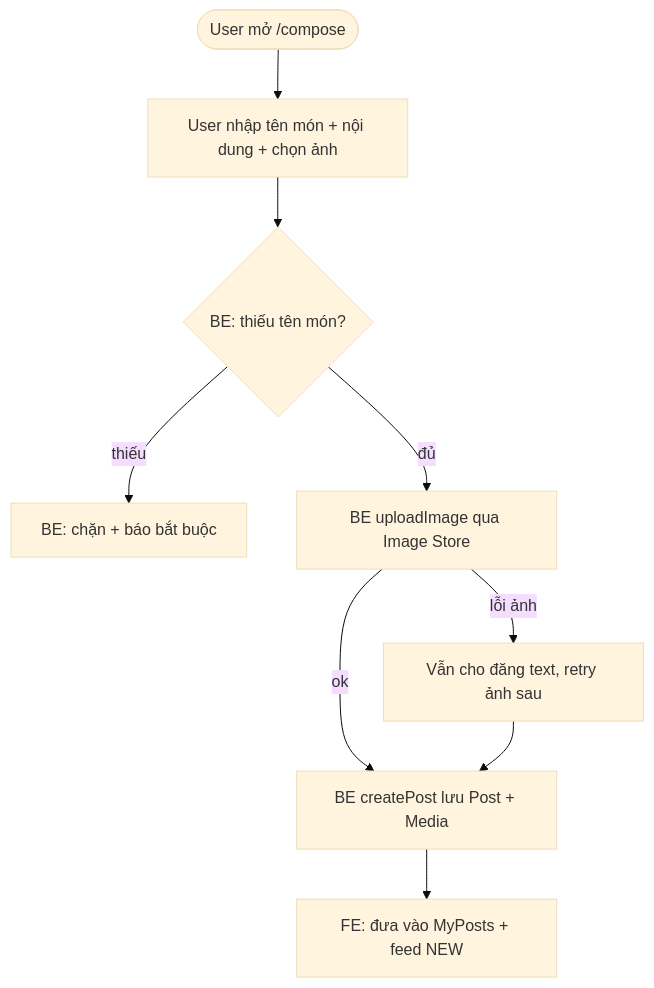
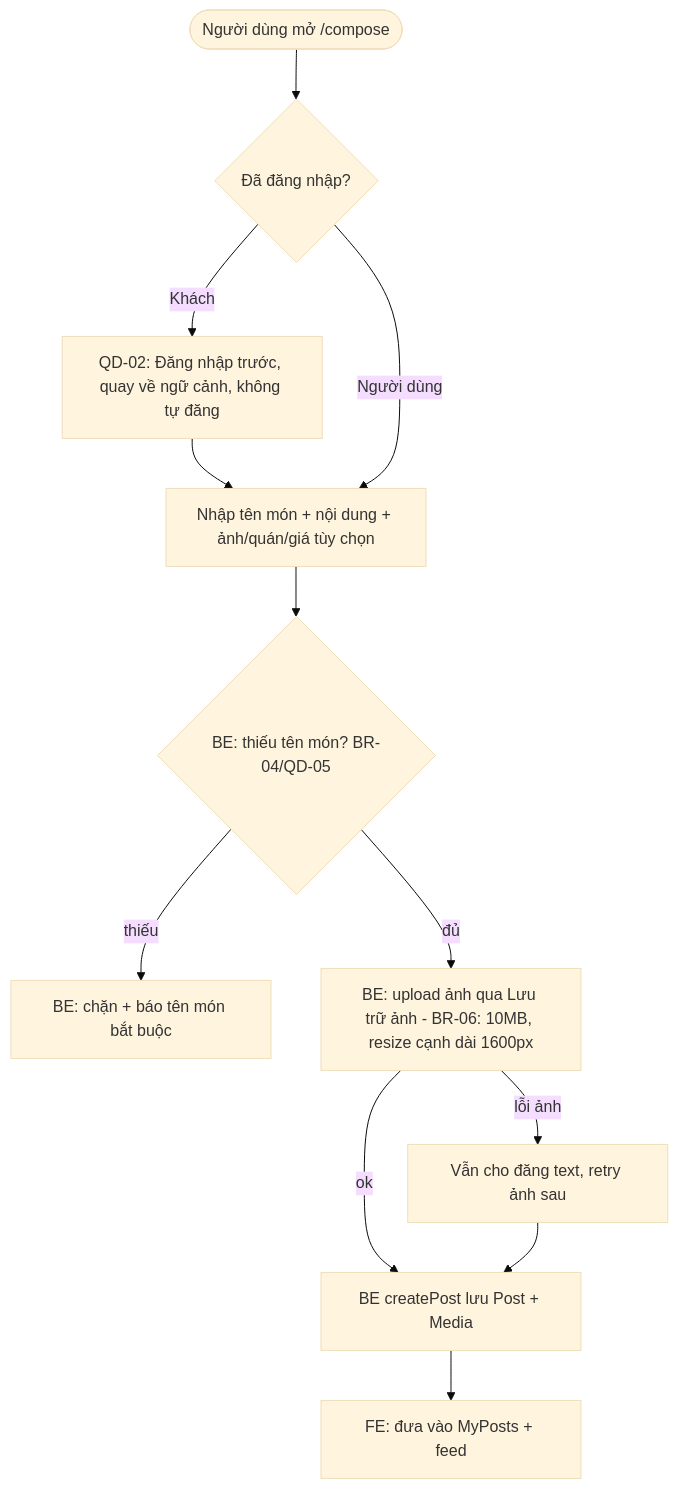
The first of 5 diagrams in docs/phase1-requirements/2.2_process_flows_BE.md (anqp5002/ToMateTo), drawn with Mermaid (base theme) before and after one commit. The commit also changed other lines of this file, not shown here.

Commit message:
docs(s1): sua process flows BE theo catalog lead UC-07/13/14/15/18/19

````diff
--- a/docs/phase1-requirements/2.2_process_flows_BE.md
+++ b/docs/phase1-requirements/2.2_process_flows_BE.md
@@ -12,11 +24,14 @@
 ```mermaid
 flowchart TB
-  U1([User mở /compose]) --> U2[User nhập tên món + nội dung + chọn ảnh]
-  U2 --> B1{BE: thiếu tên món?}
-  B1 -- thiếu --> E1[BE: chặn + báo bắt buộc]
-  B1 -- đủ --> B2[BE uploadImage qua Image Store]
+  U1([Người dùng mở /compose]) --> A1{Đã đăng nhập?}
+  A1 -- Khách --> L[QD-02: Đăng nhập trước, quay về ngữ cảnh, không tự đăng]
+  L --> U2
+  A1 -- Người dùng --> U2[Nhập tên món + nội dung + ảnh/quán/giá tùy chọn]
+  U2 --> B1{BE: thiếu tên món? BR-04/QD-05}
+  B1 -- thiếu --> E1[BE: chặn + báo tên món bắt buộc]
+  B1 -- đủ --> B2[BE: upload ảnh qua Lưu trữ ảnh - BR-06: 10MB, resize cạnh dài 1600px]
   B2 -- lỗi ảnh --> B3[Vẫn cho đăng text, retry ảnh sau]
   B2 -- ok --> B4[BE createPost lưu Post + Media]
   B3 --> B4
-  B4 --> F1[FE: đưa vào MyPosts + feed NEW]
+  B4 --> F1[FE: đưa vào MyPosts + feed]
 ```
````
